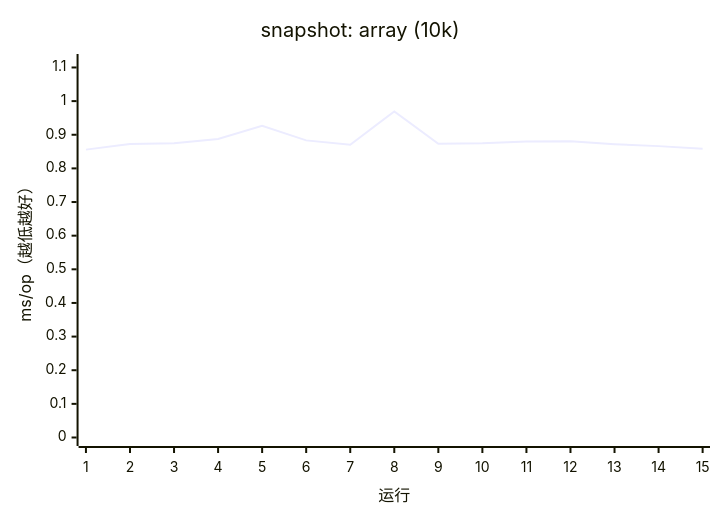
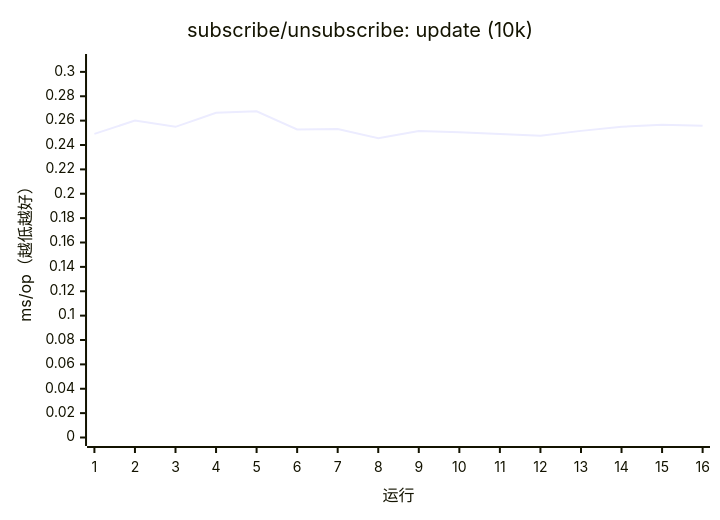
Diagram 16 of 17 in apps/docs/src/content/docs/guides/benchmark.mdx (AIluffy/io), drawn with Mermaid before and after one commit. The commit also changed other lines of this file and 25 other files, not shown here.

````diff
--- a/apps/docs/src/content/docs/guides/benchmark.mdx
+++ b/apps/docs/src/content/docs/guides/benchmark.mdx
@@ -403,7 +404,7 @@
 ```mermaid
 xychart-beta
-  title "snapshot: array (10k)"
-  x-axis "运行" [1, 2, 3, 4, 5, 6, 7, 8, 9, 10, 11, 12, 13, 14, 15]
-  y-axis "ms/op（越低越好）" 0 --> 1.1148
-  line [0.8558, 0.8727, 0.8746, 0.8872, 0.9264, 0.8833, 0.8703, 0.9694, 0.8734, 0.8747, 0.8803, 0.8805, 0.8721, 0.8662, 0.8586]
+  title "subscribe/unsubscribe: update (10k)"
+  x-axis "运行" [1, 2, 3, 4, 5, 6, 7, 8, 9, 10, 11, 12, 13, 14, 15, 16]
+  y-axis "ms/op（越低越好）" 0 --> 0.3077
+  line [0.2491, 0.2601, 0.2549, 0.2664, 0.2676, 0.2528, 0.2531, 0.2456, 0.2515, 0.2505, 0.2491, 0.2476, 0.2516, 0.255, 0.2567, 0.2559]
 ```
````
